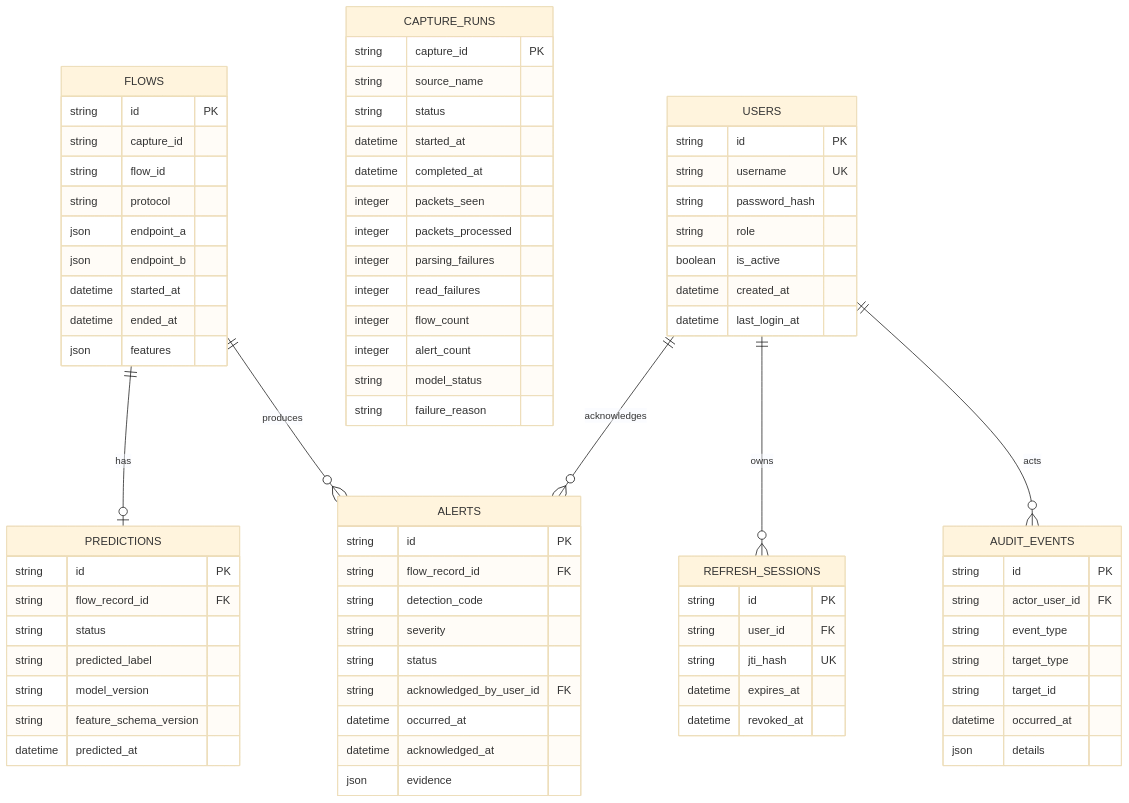
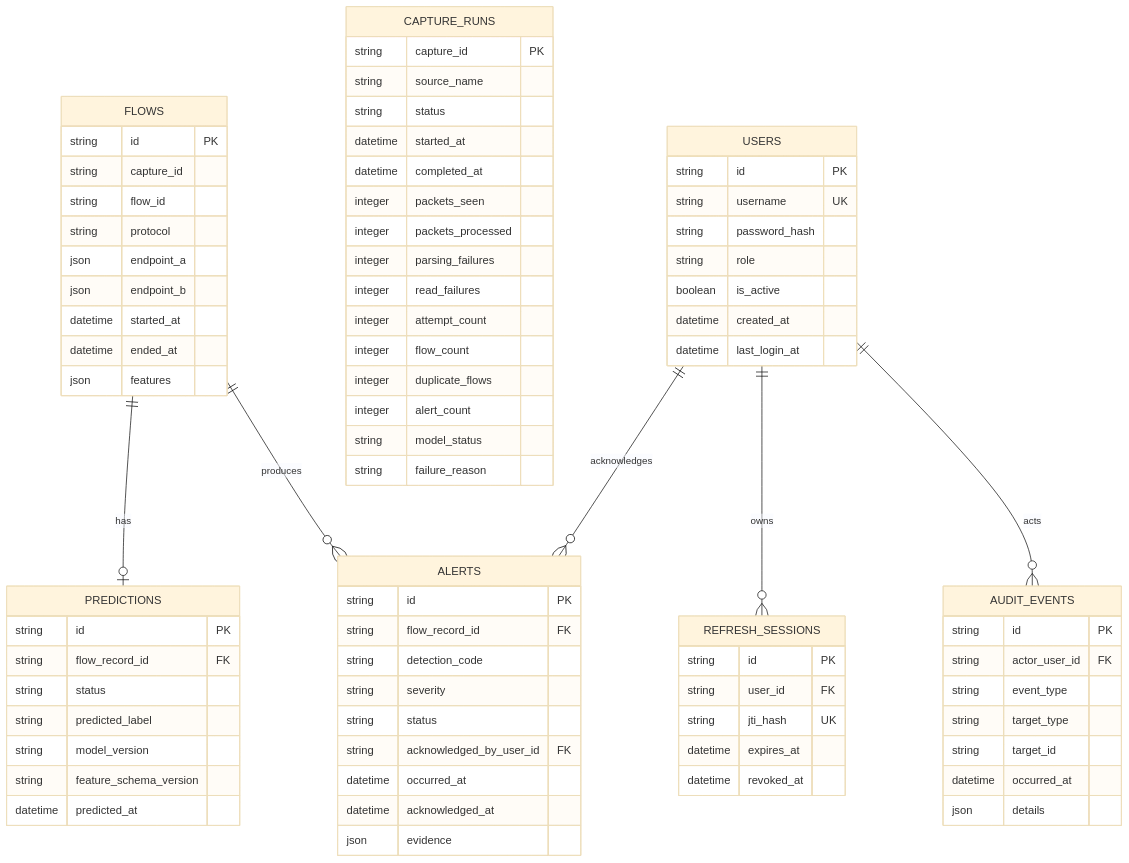
Before and after one commit to sugarfreelife/-AI-Based-Real-Time-Network-Intrusion-Detection-Traffic-Monitoring-System: the diagram in docs/DATABASE.md, drawn with Mermaid (base theme). The commit also changed other lines of this file and 16 other files, not shown here.

````diff
--- a/docs/DATABASE.md
+++ b/docs/DATABASE.md
@@ -7,79 +7,81 @@
 ```mermaid
 erDiagram
     FLOWS ||--o| PREDICTIONS : has
     FLOWS ||--o{ ALERTS : produces
     CAPTURE_RUNS {
         string capture_id PK
         string source_name
         string status
         datetime started_at
         datetime completed_at
         integer packets_seen
         integer packets_processed
         integer parsing_failures
         integer read_failures
+        integer attempt_count
         integer flow_count
+        integer duplicate_flows
         integer alert_count
         string model_status
         string failure_reason
     }
     USERS ||--o{ REFRESH_SESSIONS : owns
     USERS ||--o{ AUDIT_EVENTS : acts
     USERS ||--o{ ALERTS : acknowledges
     FLOWS {
         string id PK
         string capture_id
         string flow_id
         string protocol
         json endpoint_a
         json endpoint_b
         datetime started_at
         datetime ended_at
         json features
     }
     PREDICTIONS {
         string id PK
         string flow_record_id FK
         string status
         string predicted_label
         string model_version
         string feature_schema_version
         datetime predicted_at
     }
     ALERTS {
         string id PK
         string flow_record_id FK
         string detection_code
         string severity
         string status
         string acknowledged_by_user_id FK
         datetime occurred_at
         datetime acknowledged_at
         json evidence
     }
     USERS {
         string id PK
         string username UK
         string password_hash
         string role
         boolean is_active
         datetime created_at
         datetime last_login_at
     }
     REFRESH_SESSIONS {
         string id PK
         string user_id FK
         string jti_hash UK
         datetime expires_at
         datetime revoked_at
     }
     AUDIT_EVENTS {
         string id PK
         string actor_user_id FK
         string event_type
         string target_type
         string target_id
         datetime occurred_at
         json details
     }
 ```
````
